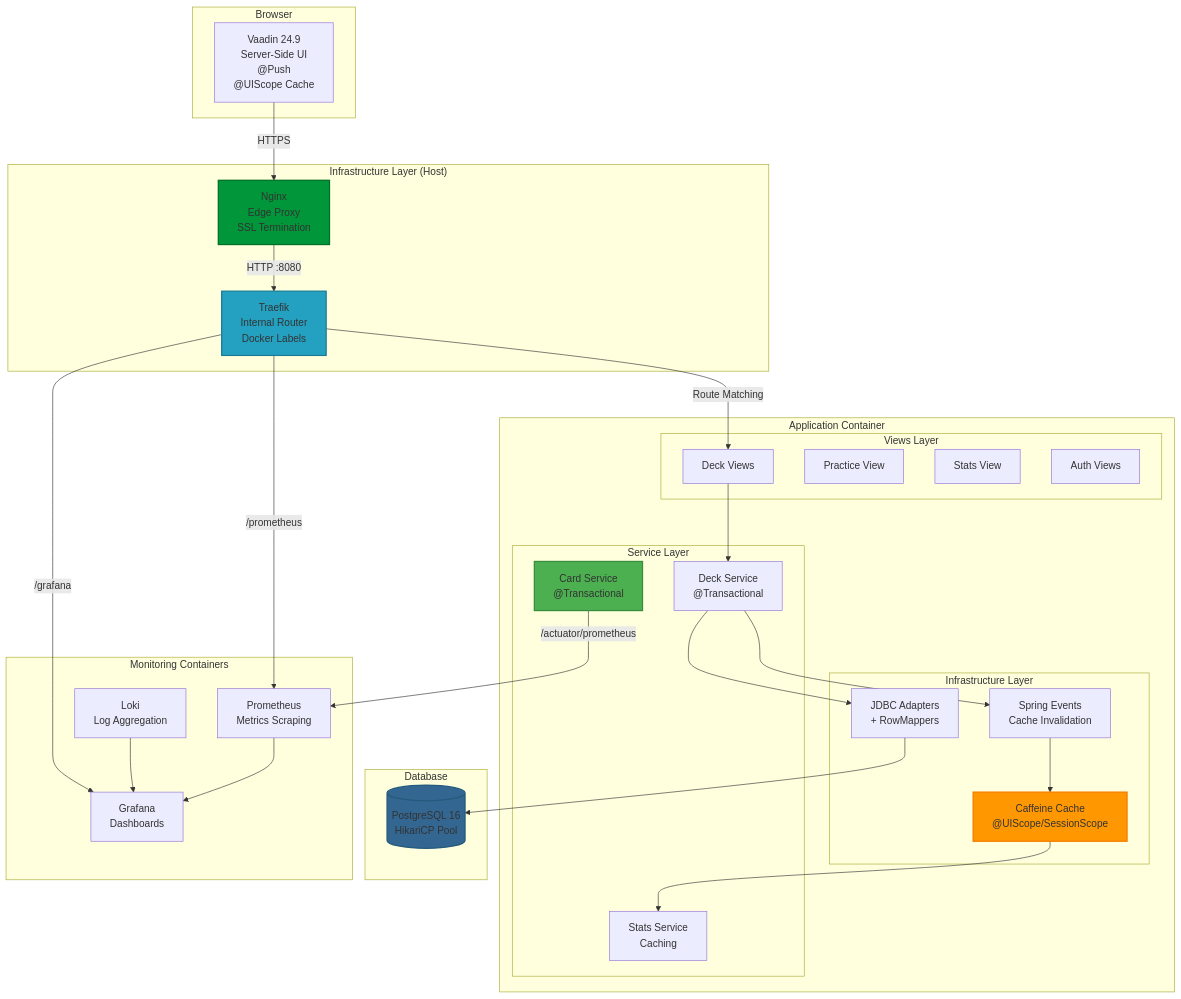
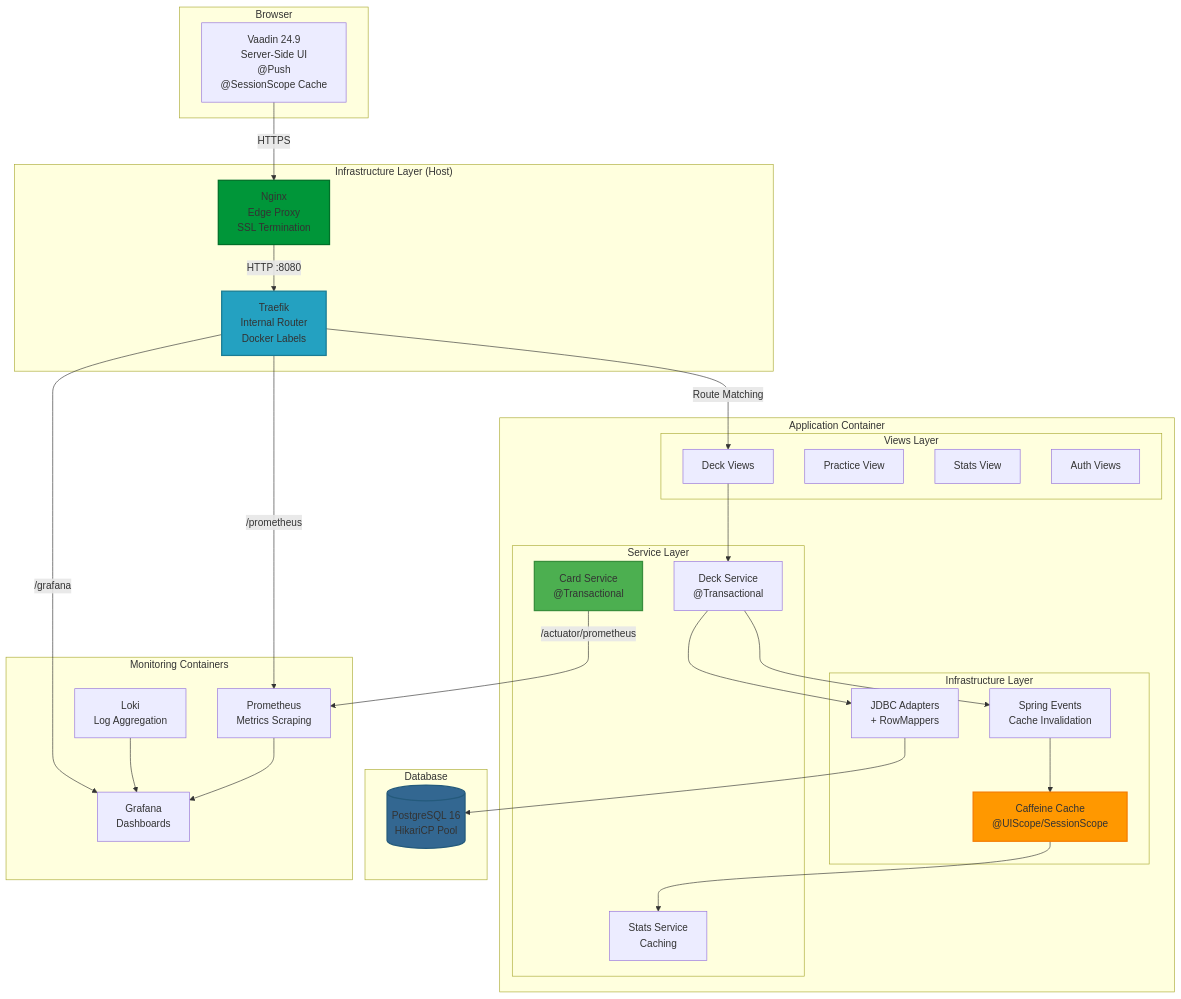
The second of 8 diagrams in docs/architecture.md (apolenkov/memocards), drawn with Mermaid before and after one commit. The commit also changed other lines of this file and 17 other files, not shown here.

````diff
--- a/docs/architecture.md
+++ b/docs/architecture.md
@@ -45,66 +45,66 @@
 ```mermaid
 graph TB
     subgraph "Browser"
-        UI[Vaadin 24.9<br/>Server-Side UI<br/>@Push<br/>@UIScope Cache]
+        UI[Vaadin 24.9<br/>Server-Side UI<br/>@Push<br/>@SessionScope Cache]
     end
     
     subgraph "Infrastructure Layer (Host)"
         Nginx[Nginx<br/>Edge Proxy<br/>SSL Termination]
         Traefik[Traefik<br/>Internal Router<br/>Docker Labels]
     end
     
     subgraph "Application Container"
         subgraph "Views Layer"
             DeckView[Deck Views]
             PracticeView[Practice View]
             StatsView[Stats View]
             AuthView[Auth Views]
         end
         
         subgraph "Service Layer"
             CardService[Card Service<br/>@Transactional]
             DeckService[Deck Service<br/>@Transactional]
             StatsService[Stats Service<br/>Caching]
         end
         
         subgraph "Infrastructure Layer"
             JDBC[JDBC Adapters<br/>+ RowMappers]
             Cache[Caffeine Cache<br/>@UIScope/SessionScope]
             Events[Spring Events<br/>Cache Invalidation]
         end
     end
     
     subgraph "Database"
         PG[(PostgreSQL 16<br/>HikariCP Pool)]
     end
     
     subgraph "Monitoring Containers"
         Prometheus[Prometheus<br/>Metrics Scraping]
         Grafana[Grafana<br/>Dashboards]
         Loki[Loki<br/>Log Aggregation]
     end
     
     UI -->|HTTPS| Nginx
     Nginx -->|HTTP :8080| Traefik
     Traefik -->|Route Matching| DeckView
     
     DeckView --> DeckService
     DeckService --> JDBC
     JDBC --> PG
     
     DeckService --> Events
     Events --> Cache
     Cache --> StatsService
     
     CardService -->|/actuator/prometheus| Prometheus
     Prometheus --> Grafana
     Loki --> Grafana
     Traefik -->|/grafana| Grafana
     Traefik -->|/prometheus| Prometheus
     
     style Nginx fill:#009639,stroke:#007028,stroke-width:2px
     style Traefik fill:#24a1c1,stroke:#1a7c94,stroke-width:2px
     style CardService fill:#4caf50,stroke:#388e3c,stroke-width:2px
     style Cache fill:#ff9800,stroke:#f57c00,stroke-width:2px
     style PG fill:#336791,stroke:#245a7c,stroke-width:2px
 ```
````
